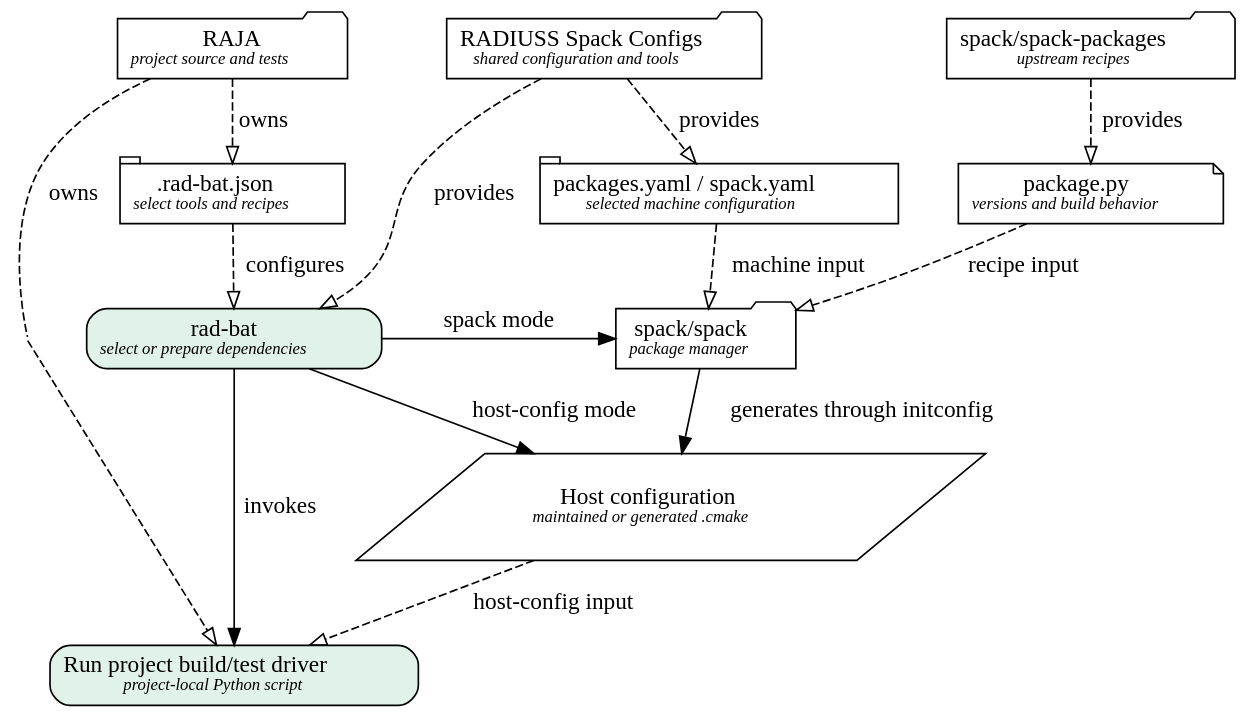
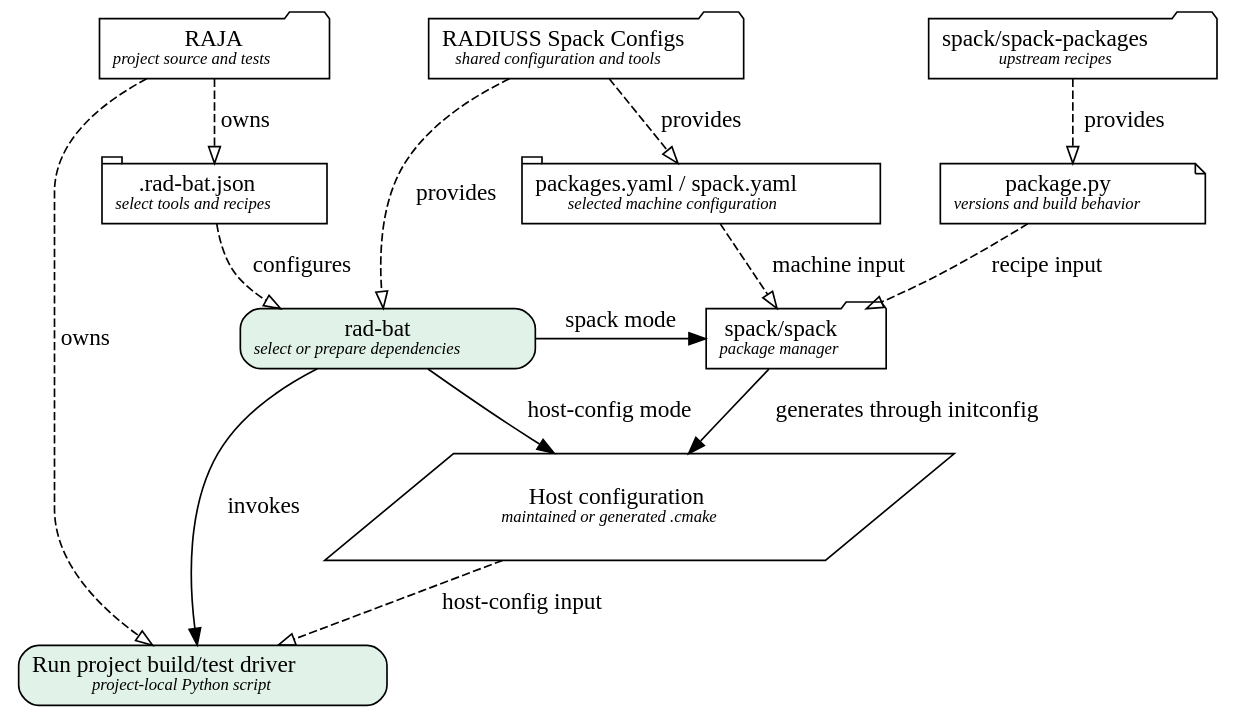
One commit to llnl/radiuss-spack-configs changed the diagram in docs/sphinx/figures/components.dot. Above: the diagram before and after it, drawn with Graphviz.

Commit message:
docs: restore direct project ownership edge

```diff
--- a/docs/sphinx/figures/components.dot
+++ b/docs/sphinx/figures/components.dot
@@ -1,94 +1,83 @@
 // SPDX-License-Identifier: MIT
 digraph components {
   rankdir=TB;
   project [
     label=<RAJA<BR/><FONT POINT-SIZE="10"><I>project source and tests</I></FONT>>,
     shape=folder,
     fillcolor="#e3edf7",
     group=project
   ];
   settings [
     label=<.rad-bat.json<BR/><FONT POINT-SIZE="10"><I>select tools and recipes</I></FONT>>,
     shape=tab,
     fillcolor="#eee8f5",
     group=project
   ];
   spack [
     label=<spack/spack<BR/><FONT POINT-SIZE="10"><I>package manager</I></FONT>>,
     shape=folder,
     fillcolor="#e3edf7",
     group=spack
   ];
   recipes [
     label=<spack/spack-packages<BR/><FONT POINT-SIZE="10"><I>upstream recipes</I></FONT>>,
     shape=folder,
     fillcolor="#e3edf7",
     group=recipes
   ];
   recipe [
     label=<package.py<BR/><FONT POINT-SIZE="10"><I>versions and build behavior</I></FONT>>,
     shape=note,
     fillcolor="#fff2cf",
     group=recipes
   ];
   configs [
     label=<RADIUSS Spack Configs<BR/><FONT POINT-SIZE="10"><I>shared configuration and tools</I></FONT>>,
     shape=folder,
     fillcolor="#e3edf7"
   ];
   machine [
     label=<packages.yaml / spack.yaml<BR/><FONT POINT-SIZE="10"><I>selected machine configuration</I></FONT>>,
     shape=tab,
     fillcolor="#eee8f5",
     group=machine
   ];
   radbat [
     label=<rad-bat<BR/><FONT POINT-SIZE="10"><I>select or prepare dependencies</I></FONT>>,
     shape=box,
     style="rounded,filled",
     fillcolor="#e1f2e8",
     group=workflow
   ];
   host [
     label=<Host configuration<BR/><FONT POINT-SIZE="10"><I>maintained or generated .cmake</I></FONT>>,
     shape=parallelogram,
     fillcolor="#dcf2f4",
     group=workflow
   ];
   driver [
     label=<Run project build/test driver<BR/><FONT POINT-SIZE="10"><I>project-local Python script</I></FONT>>,
     shape=box,
     style="rounded,filled",
     fillcolor="#e1f2e8",
     group=workflow
   ];
-  // Route project ownership around the workflow without shifting semantic nodes.
-  project_owner_route [
-    label="",
-    shape=point,
-    width=0,
-    height=0,
-    style=invis,
-    group=project
-  ];
   { rank=same; project; configs; recipes; }
   { rank=same; settings; machine; recipe; }
-  { rank=same; project_owner_route; radbat; spack; }
+  { rank=same; radbat; spack; }
   project -> configs -> recipes [style=invis, weight=100];
   settings -> machine -> recipe [style=invis, weight=100];
-  project -> settings [style=dashed, arrowhead=empty, label="owns", weight=100];
-  project -> project_owner_route [style=dashed, arrowhead=none, label="owns", weight=100];
-  project_owner_route -> driver [style=dashed, arrowhead=empty];
-  project_owner_route -> radbat [style=invis, weight=100];
+  project -> settings [style=dashed, arrowhead=empty, label="owns"];
+  project -> driver [style=dashed, arrowhead=empty, label="owns"];
   settings -> radbat [style=dashed, arrowhead=empty, label="configures"];
   recipes -> recipe [style=dashed, arrowhead=empty, label="provides", weight=100];
   configs -> machine [style=dashed, arrowhead=empty, label="provides", weight=10];
   configs -> radbat [style=dashed, arrowhead=empty, label="provides", weight=10];
   recipe -> spack [style=dashed, arrowhead=empty, label="recipe input"];
   machine -> spack [style=dashed, arrowhead=empty, label="machine input"];
   radbat -> spack [label="spack mode"];
   radbat -> host [label="host-config mode"];
   spack -> host [label="generates through initconfig"];
-  radbat -> driver [label="invokes", weight=10];
+  radbat -> driver [label="invokes"];
   host -> driver [style=dashed, arrowhead=empty, label="host-config input"];
 }
```
